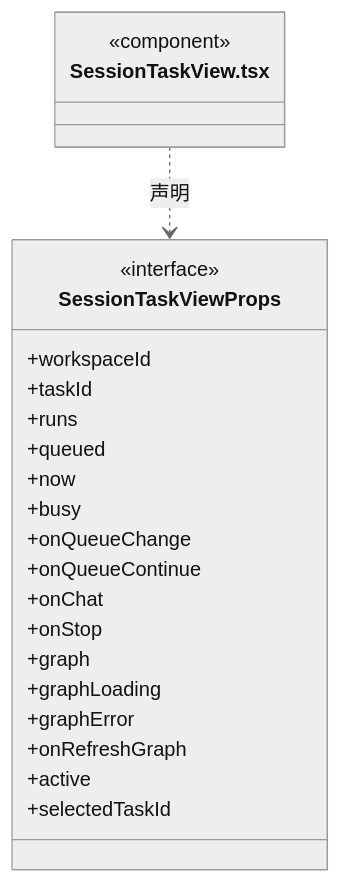
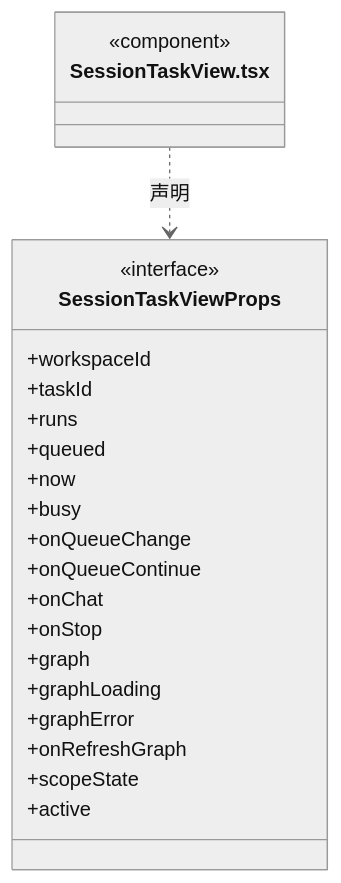
Before and after one commit to nan023062/cbim: diagram 19 of 29 in src/frontend/tasks/ARCHITECTURE.md, drawn with Mermaid (neutral theme). The commit also changed other lines of this file and 47 other files, not shown here.

````diff
--- a/src/frontend/tasks/ARCHITECTURE.md
+++ b/src/frontend/tasks/ARCHITECTURE.md
@@ -245,26 +353,26 @@
 ```mermaid
 classDiagram
 class N_src_frontend_tasks_SessionTaskView_tsx["SessionTaskView.tsx"] {
   <<component>>
 }
 class N_src_frontend_tasks_SessionTaskView_tsx_SessionTaskViewProps["SessionTaskViewProps"] {
   <<interface>>
   +workspaceId
   +taskId
   +runs
   +queued
   +now
   +busy
   +onQueueChange
   +onQueueContinue
   +onChat
   +onStop
   +graph
   +graphLoading
   +graphError
   +onRefreshGraph
+  +scopeState
   +active
-  +selectedTaskId
 }
 N_src_frontend_tasks_SessionTaskView_tsx ..> N_src_frontend_tasks_SessionTaskView_tsx_SessionTaskViewProps : 声明
 ```
````
